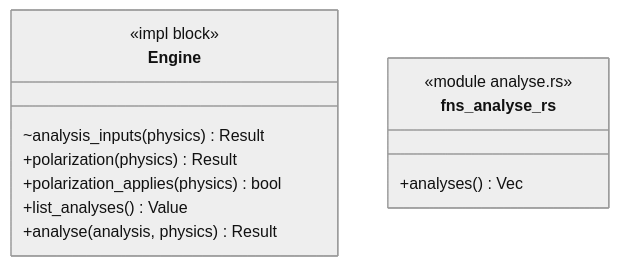
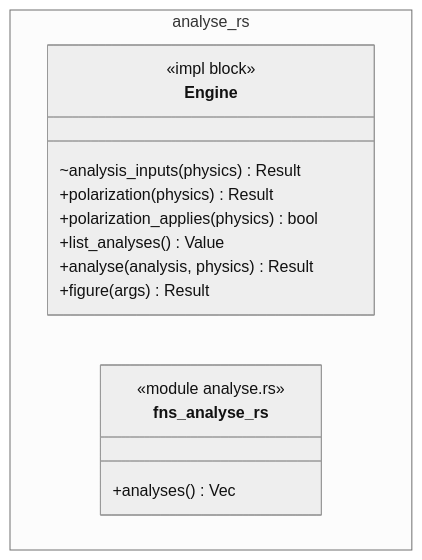
Before and after one commit to p-j-r/nyx: the diagram in docs/architecture/c4/4-code/engine/analyse.md, drawn with Mermaid (neutral theme). The commit also changed other lines of this file and 79 other files, not shown here.

First line of the commit message:
Figures of modes: results layout 4 (one documented node order, no /viz group), nyx-analysis section/modeview/canvas/raster/figure, engine command figure (SVG and PNG), XDMF as a nyx-only index of the stored datasets, ADR 99 (provisional), C4 pages rebuilt

````diff
--- a/docs/architecture/c4/4-code/engine/analyse.md
+++ b/docs/architecture/c4/4-code/engine/analyse.md
@@ -33,15 +34,18 @@
 ```mermaid
 classDiagram
-  class Engine {
-      <<impl block>>
-      ~analysis_inputs(physics) Result
-      +polarization(physics) Result
-      +polarization_applies(physics) bool
-      +list_analyses() Value
-      +analyse(analysis, physics) Result
-  }
-  class fns_analyse_rs {
-      <<module analyse.rs>>
-      +analyses() Vec
+  namespace analyse_rs {
+    class Engine {
+        <<impl block>>
+        ~analysis_inputs(physics) Result
+        +polarization(physics) Result
+        +polarization_applies(physics) bool
+        +list_analyses() Value
+        +analyse(analysis, physics) Result
+        +figure(args) Result
+    }
+    class fns_analyse_rs {
+        <<module analyse.rs>>
+        +analyses() Vec
+    }
   }
 ```
````
